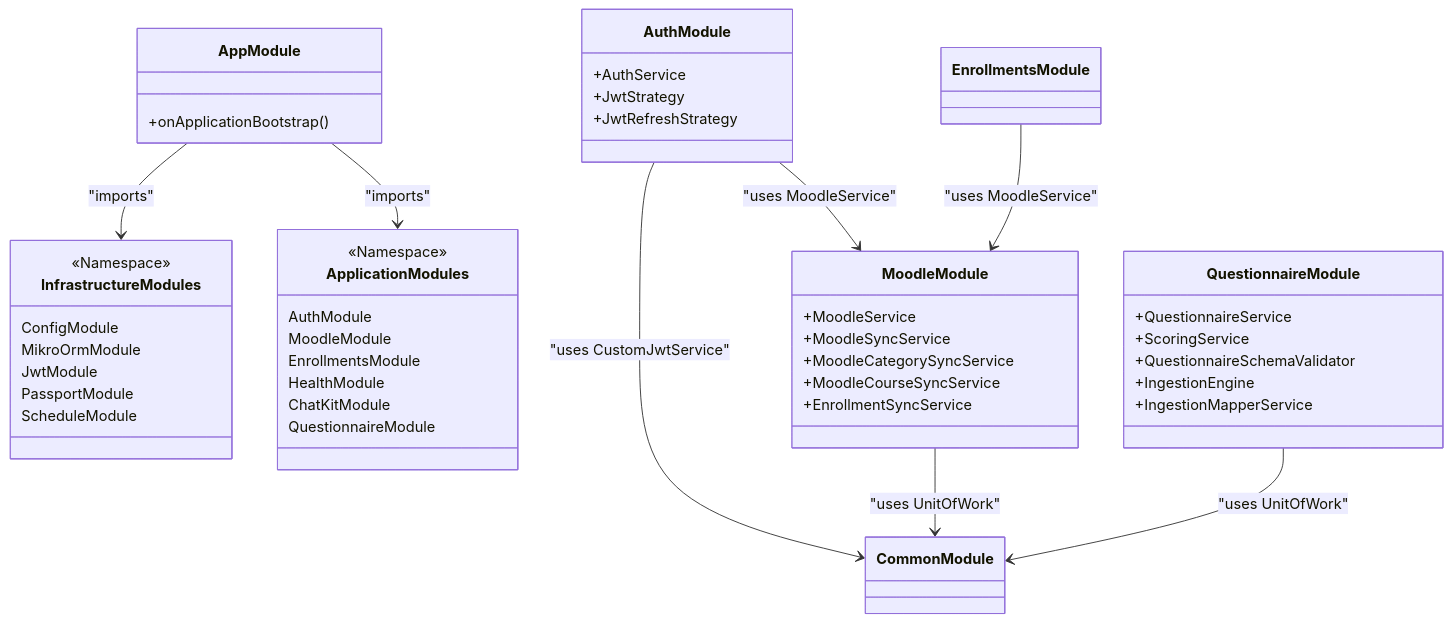
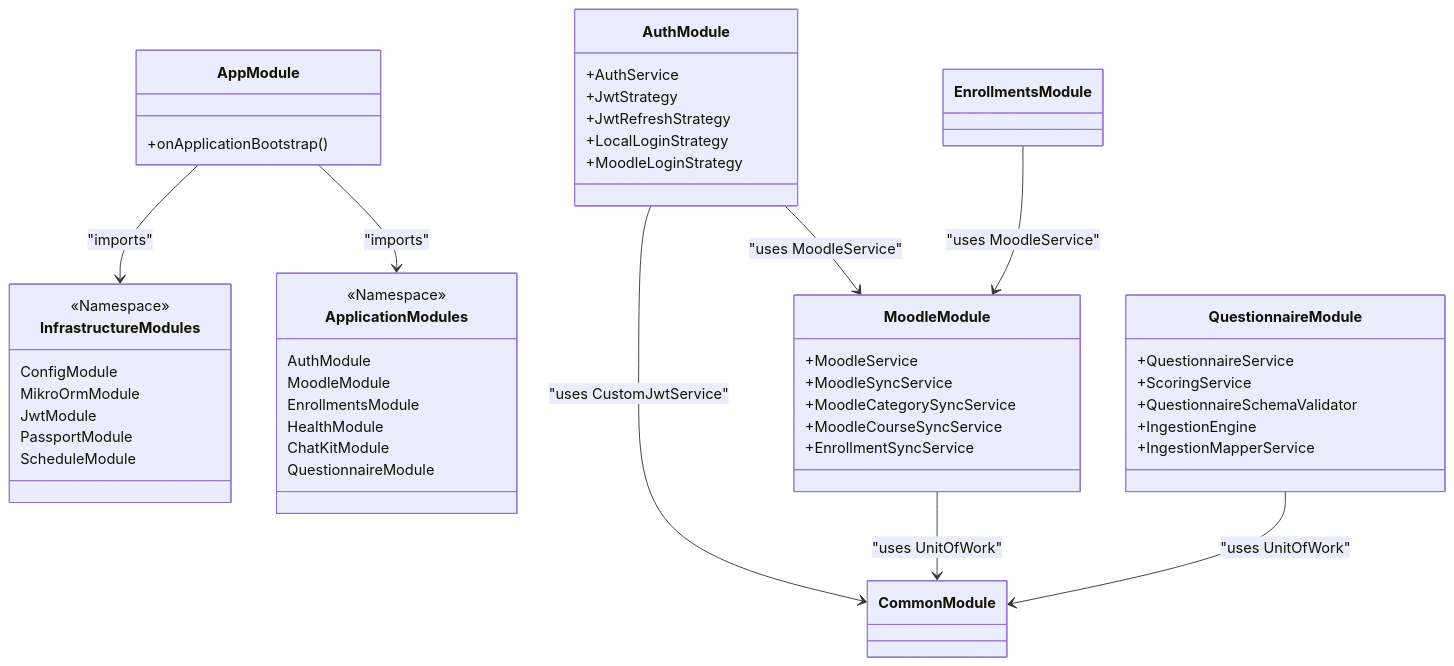
One commit to CtrlAltElite-Devs/api.faculytics changed the diagram in docs/architecture/core-components.md. Above: the diagram before and after it, drawn with Mermaid. The commit also changed other lines of this file and 5 other files, not shown here.

````diff
--- a/docs/architecture/core-components.md
+++ b/docs/architecture/core-components.md
@@ -27,54 +27,56 @@
 ```mermaid
 classDiagram
     class AppModule {
         +onApplicationBootstrap()
     }
     class InfrastructureModules {
         <<Namespace>>
         ConfigModule
         MikroOrmModule
         JwtModule
         PassportModule
         ScheduleModule
     }
     class ApplicationModules {
         <<Namespace>>
         AuthModule
         MoodleModule
         EnrollmentsModule
         HealthModule
         ChatKitModule
         QuestionnaireModule
     }
 
     AppModule --> InfrastructureModules : "imports"
     AppModule --> ApplicationModules : "imports"
 
     AuthModule --> MoodleModule : "uses MoodleService"
     AuthModule --> CommonModule : "uses CustomJwtService"
     MoodleModule --> CommonModule : "uses UnitOfWork"
     EnrollmentsModule --> MoodleModule : "uses MoodleService"
     QuestionnaireModule --> CommonModule : "uses UnitOfWork"
 
     class MoodleModule {
         +MoodleService
         +MoodleSyncService
         +MoodleCategorySyncService
         +MoodleCourseSyncService
         +EnrollmentSyncService
     }
 
     class AuthModule {
         +AuthService
         +JwtStrategy
         +JwtRefreshStrategy
+        +LocalLoginStrategy
+        +MoodleLoginStrategy
     }
 
     class QuestionnaireModule {
         +QuestionnaireService
         +ScoringService
         +QuestionnaireSchemaValidator
         +IngestionEngine
         +IngestionMapperService
     }
 ```
````
